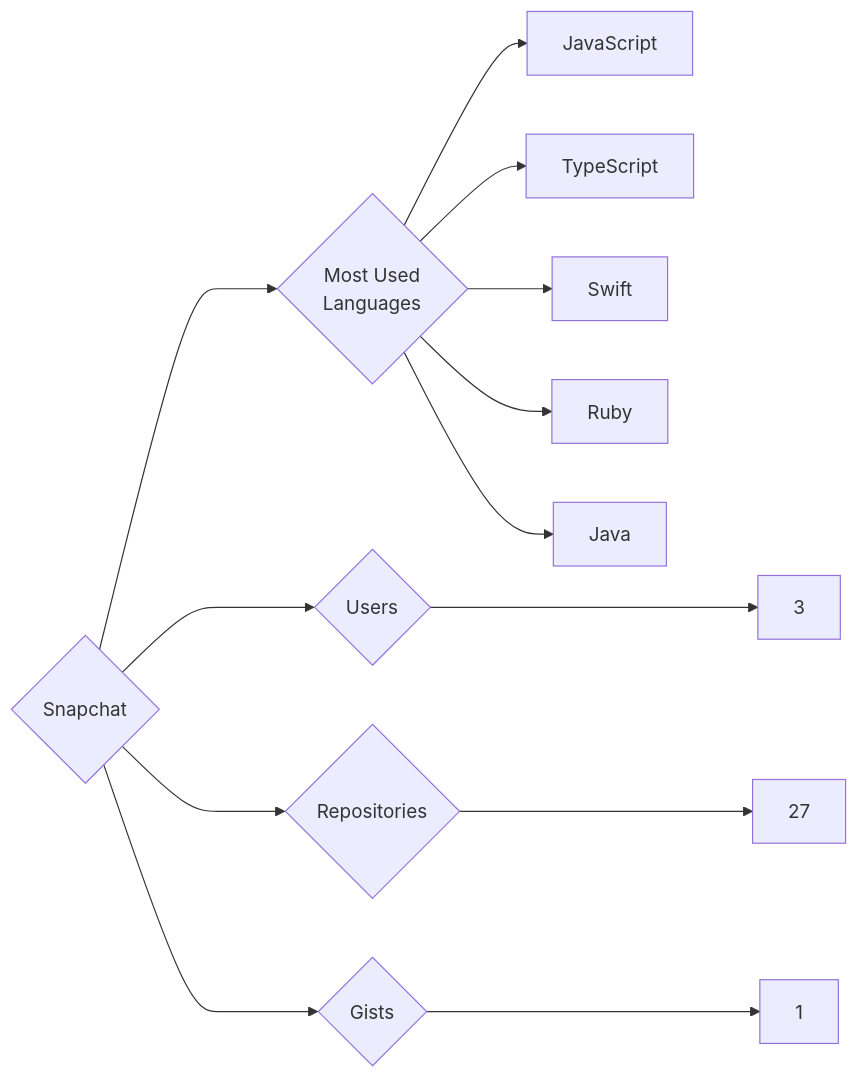
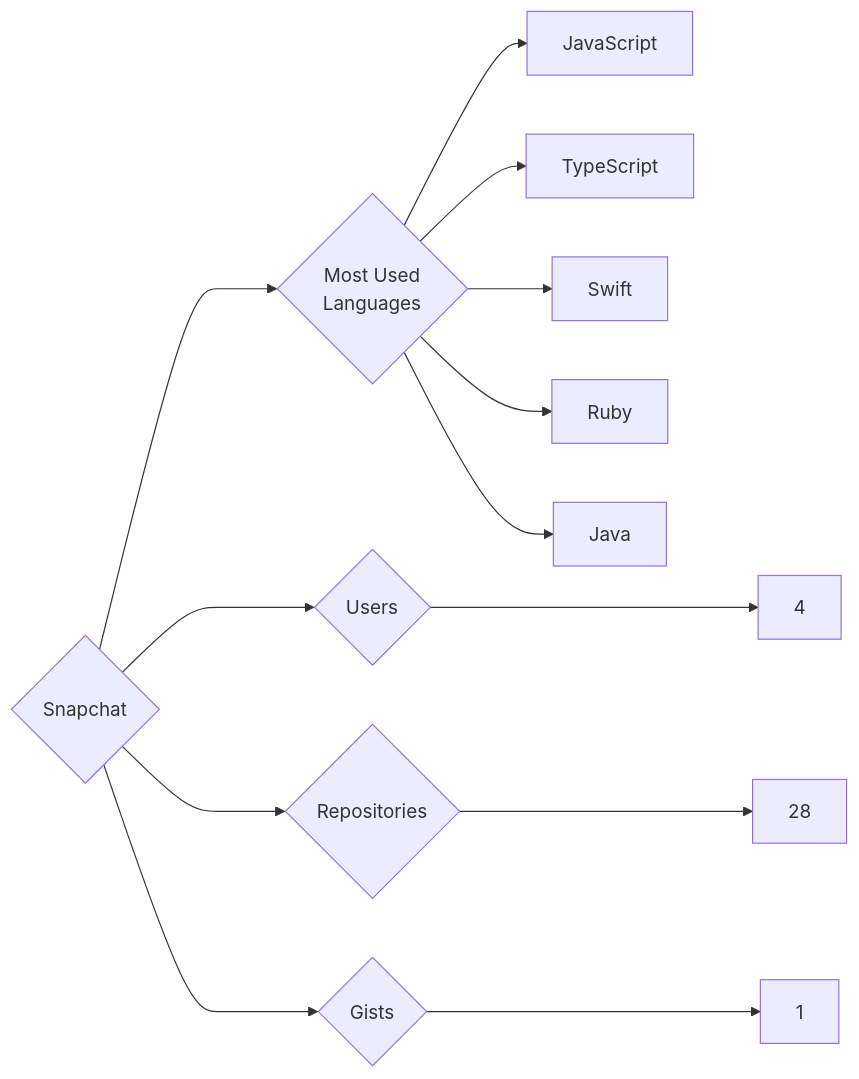
One commit to trickest/insiders changed the diagram in targets/Snapchat/README.md. Above: the diagram before and after it, drawn with Mermaid. The commit also changed 948 other files, not shown here.

````diff
--- a/targets/Snapchat/README.md
+++ b/targets/Snapchat/README.md
@@ -3,13 +3,13 @@
 ```mermaid
 graph LR
 COMPANY_NAME{Snapchat}
-COMPANY_NAME ---> U{Users} ---> UN[3]
-COMPANY_NAME ---> R{Repositories} ---> RN[27]
+COMPANY_NAME ---> U{Users} ---> UN[4]
+COMPANY_NAME ---> R{Repositories} ---> RN[28]
 COMPANY_NAME ---> G{Gists} ---> GN[1]
 COMPANY_NAME ---> ML{Most Used<br>Languages}
 ML --> JavaScript[JavaScript]
 ML --> TypeScript[TypeScript]
 ML --> Swift[Swift]
 ML --> Ruby[Ruby]
 ML --> Java[Java]
 ```
````
